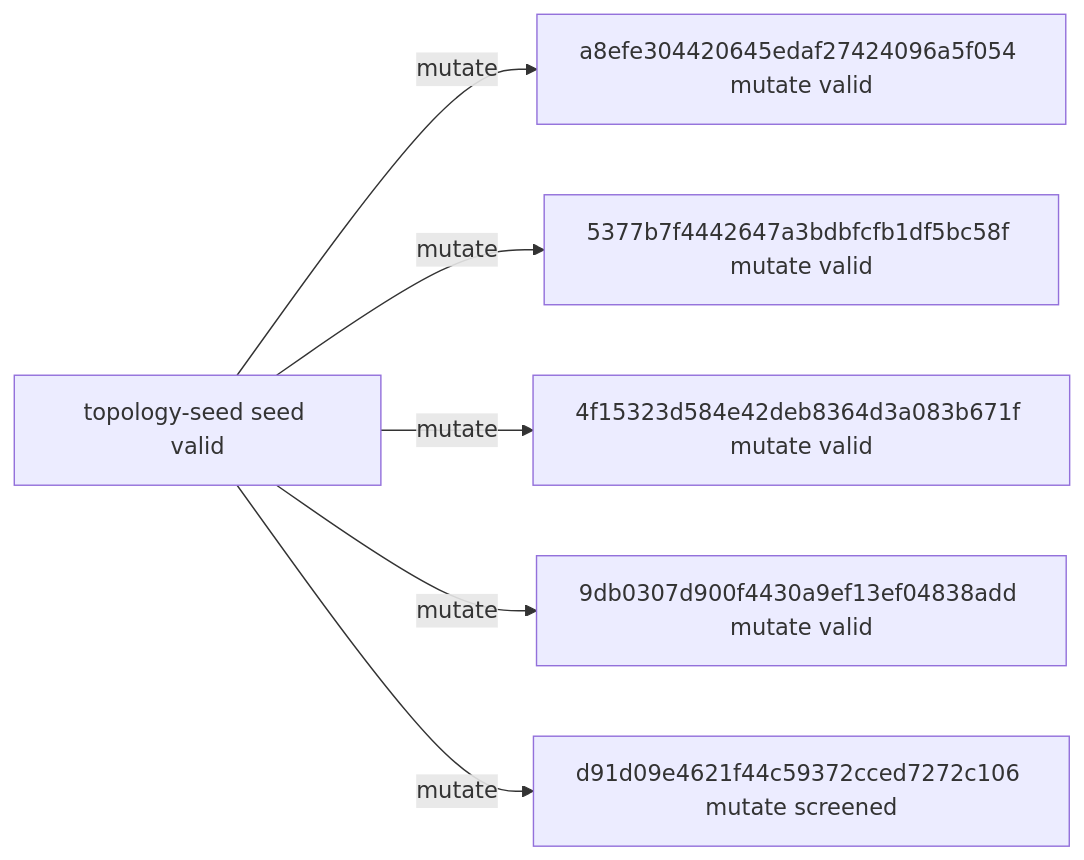
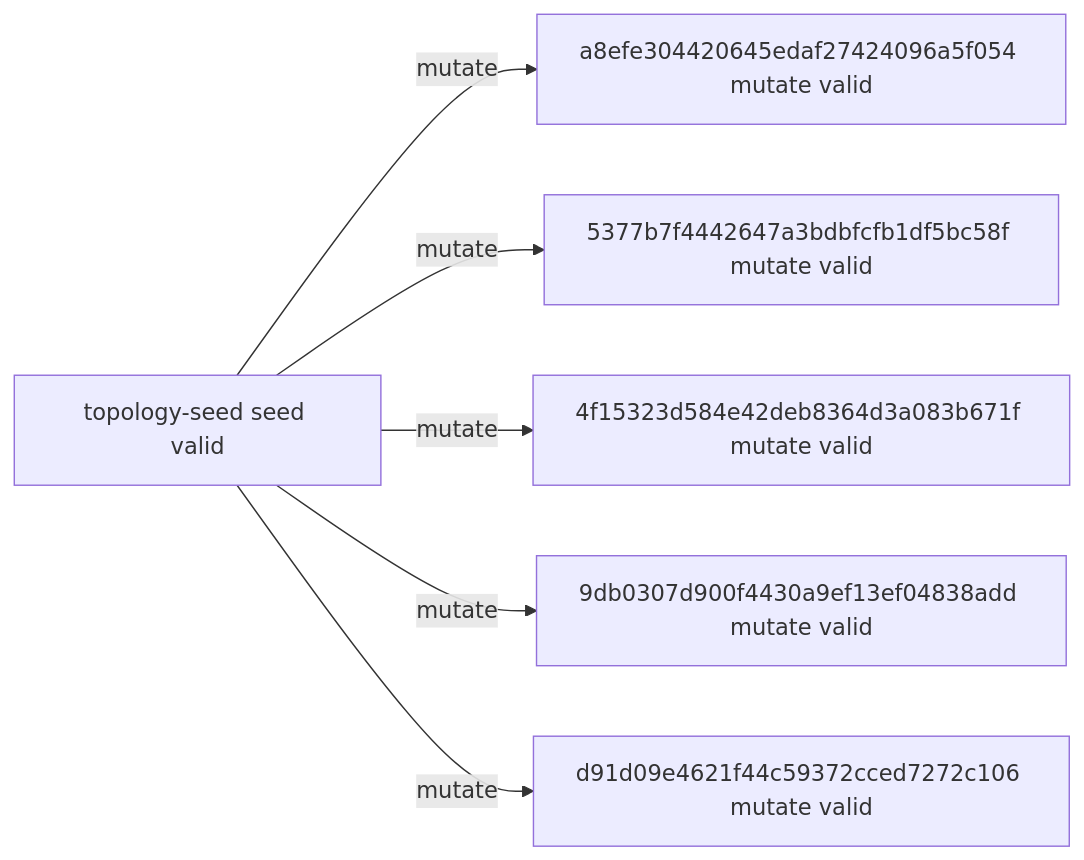
Before and after one commit to timbtz/feyer-search-lab: the diagram in experiments/campaigns/astra-group-numerical-v3/README.md, drawn with Mermaid. The commit also changed other lines of this file and 7 other files, not shown here.

````diff
--- a/experiments/campaigns/astra-group-numerical-v3/README.md
+++ b/experiments/campaigns/astra-group-numerical-v3/README.md
@@ -21,14 +21,14 @@
 ```mermaid
 graph LR
   n0["topology-seed seed valid"]
   n1["a8efe304420645edaf27424096a5f054 mutate valid"]
   n2["5377b7f4442647a3bdbfcfb1df5bc58f mutate valid"]
   n3["4f15323d584e42deb8364d3a083b671f mutate valid"]
   n4["9db0307d900f4430a9ef13ef04838add mutate valid"]
-  n5["d91d09e4621f44c59372cced7272c106 mutate screened"]
+  n5["d91d09e4621f44c59372cced7272c106 mutate valid"]
   n0 -->|mutate| n1
   n0 -->|mutate| n2
   n0 -->|mutate| n3
   n0 -->|mutate| n4
   n0 -->|mutate| n5
 ```
````
